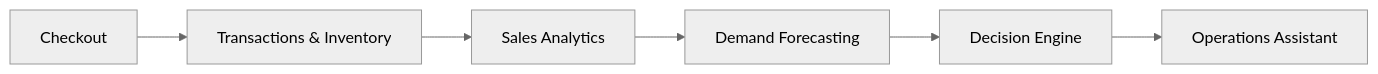
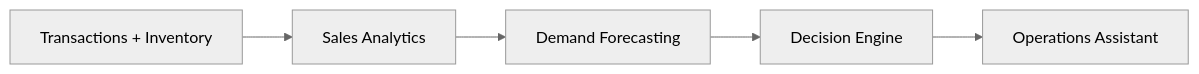
The second of 3 diagrams in README.md (aarushnag27/retail-intelligence-platform), drawn with Mermaid (neutral theme) before and after one commit. The commit also changed other lines of this file, not shown here.

````diff
--- a/README.md
+++ b/README.md
@@ -67,8 +83,7 @@
 ```mermaid
 flowchart LR
-    A[Checkout] --> B[Transactions & Inventory]
-    B --> C[Sales Analytics]
-    C --> D[Demand Forecasting]
-    D --> E[Decision Engine]
-    E --> F[Operations Assistant]
+    Transactions["Transactions + Inventory"] --> Analytics["Sales Analytics"]
+    Analytics --> Forecasting["Demand Forecasting"]
+    Forecasting --> Decisions["Decision Engine"]
+    Decisions --> Assistant["Operations Assistant"]
 ```
````
